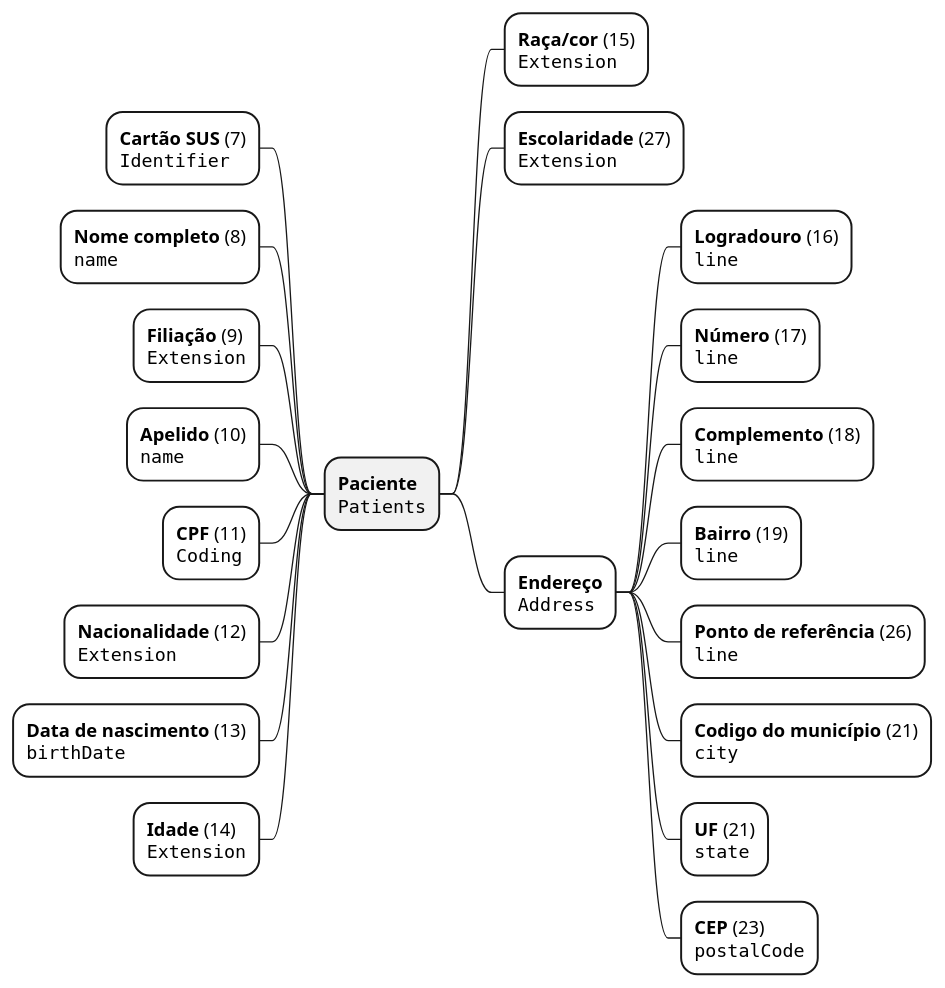
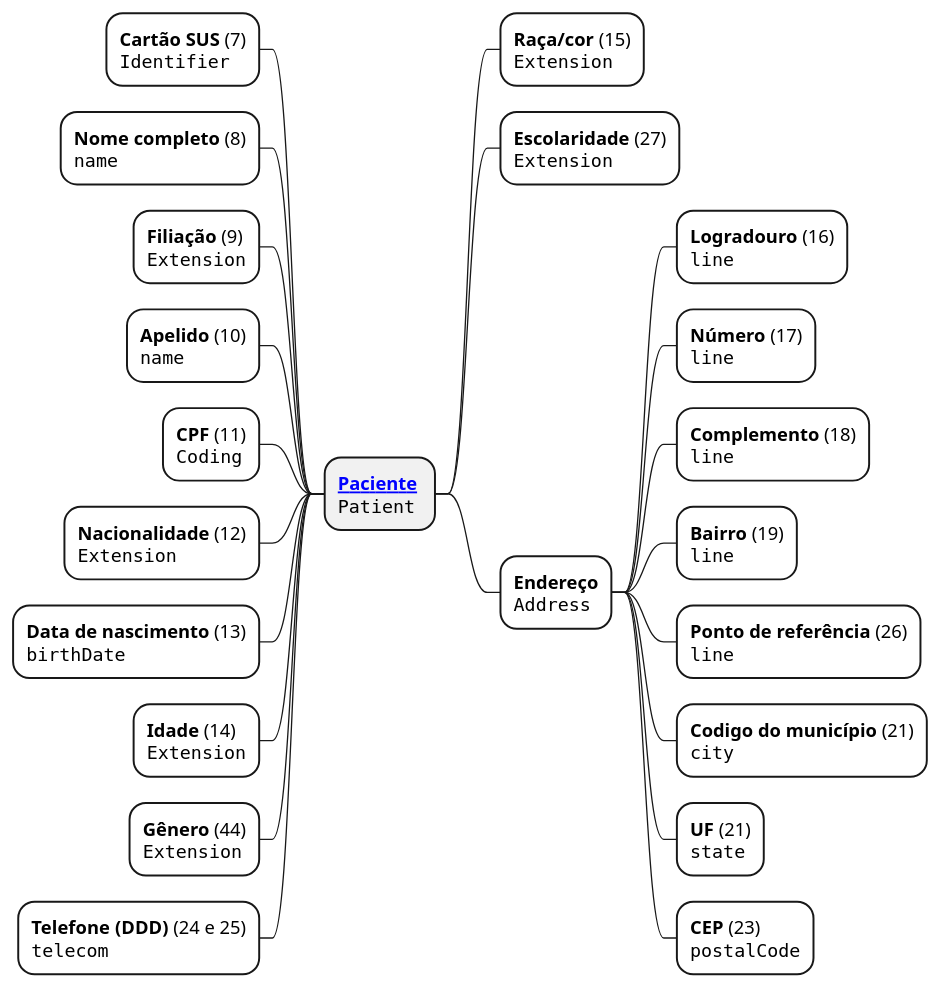
Before and after one commit to kyriosdata/farol: the diagram in input/images-source/paciente.plantuml, drawn with PlantUML.

```diff
--- a/input/images-source/paciente.plantuml
+++ b/input/images-source/paciente.plantuml
@@ -1,25 +1,27 @@
 @startmindmap paciente
 
-+ **Paciente**\n""Patients""
++ **[[StructureDefinition-paciente.html Paciente]] **\n""Patient""
 --[#White] **Cartão SUS** (7)\n""Identifier""
 --[#White] **Nome completo** (8)\n""name""
 --[#White] **Filiação** (9)\n""Extension""
 --[#White] **Apelido** (10)\n""name""
 --[#White] **CPF** (11)\n""Coding""
 --[#White] **Nacionalidade** (12)\n""Extension""
 --[#White] **Data de nascimento** (13)\n""birthDate""
 --[#White] **Idade** (14)\n""Extension""
+--[#White] **Gênero** (44)\n""Extension""
+--[#White] **Telefone (DDD)** (24 e 25)\n""telecom""
 ++[#White] **Raça/cor** (15)\n""Extension""
 ++[#White] **Escolaridade** (27)\n""Extension""
 ++[#White] **Endereço**\n""Address""
 +++[#White] **Logradouro** (16)\n""line""
 +++[#White] **Número** (17)\n""line""
 +++[#White] **Complemento** (18)\n""line""
 +++[#White] **Bairro** (19)\n""line""
 +++[#White] **Ponto de referência** (26)\n""line""
 +++[#White] **Codigo do município** (21)\n""city""
 +++[#White] **UF** (21)\n""state""
 +++[#White] **CEP** (23)\n""postalCode""
 
 
 @enduml
```
